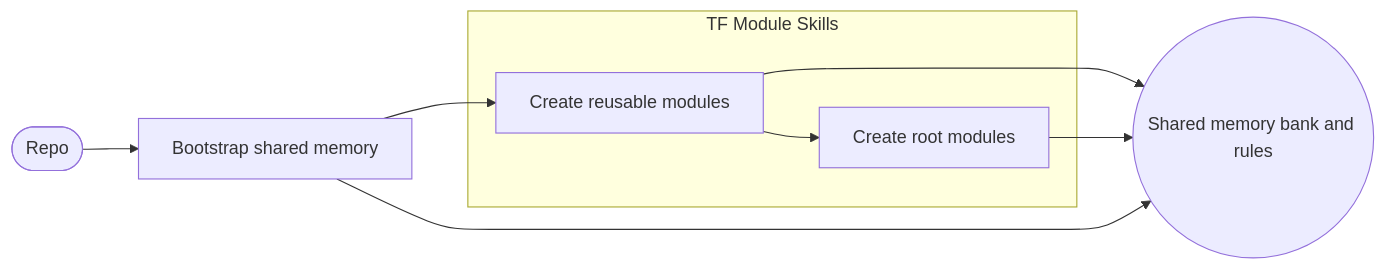
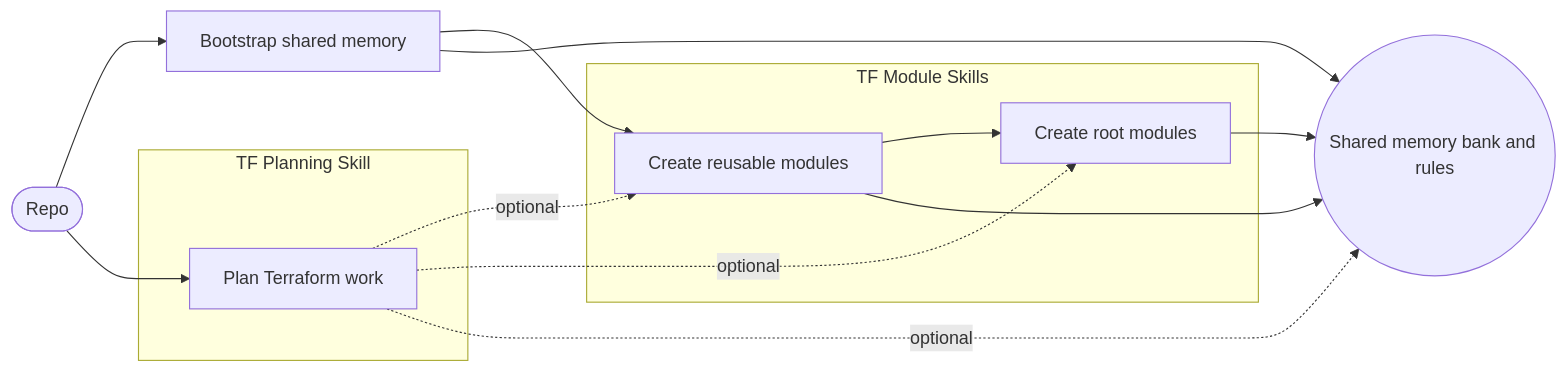
Before and after one commit to senad-d/terraform-skills: the diagram in README.md, drawn with Mermaid. The commit also changed other lines of this file, not shown here.

Commit message:
docs(readme): document tf-plan skill usage and setup

````diff
--- a/README.md
+++ b/README.md
@@ -5,20 +5,28 @@
 ```mermaid
 flowchart LR
     %% TF skills memory bank workflow
 
     A([Repo]) --> B[Bootstrap shared memory]
+    A --> P[Plan Terraform work]
     B --> C[Create reusable modules]
     C --> D[Create root modules]
 
     subgraph TF Module Skills
         C
         D
     end
 
+    subgraph TF Planning Skill
+        P
+    end
+
     MB((Shared memory bank and rules))
 
     C --> MB
     D --> MB
     B --> MB
+    P -. optional .-> C
+    P -. optional .-> D
+    P -. optional .-> MB
 
 ```
````
